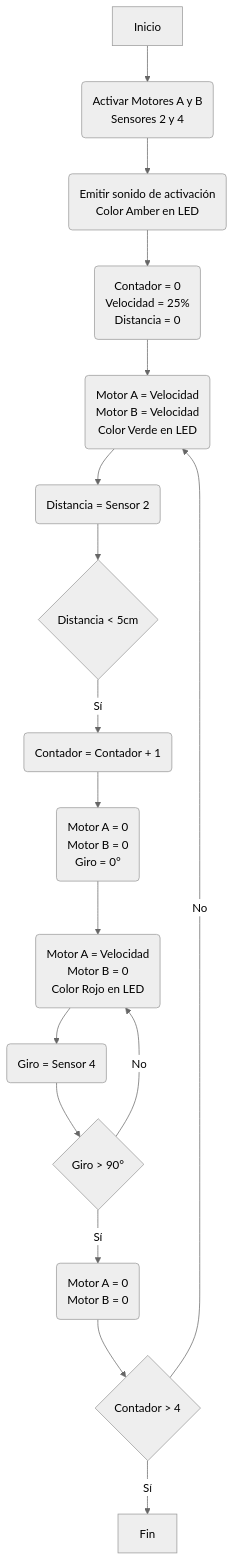
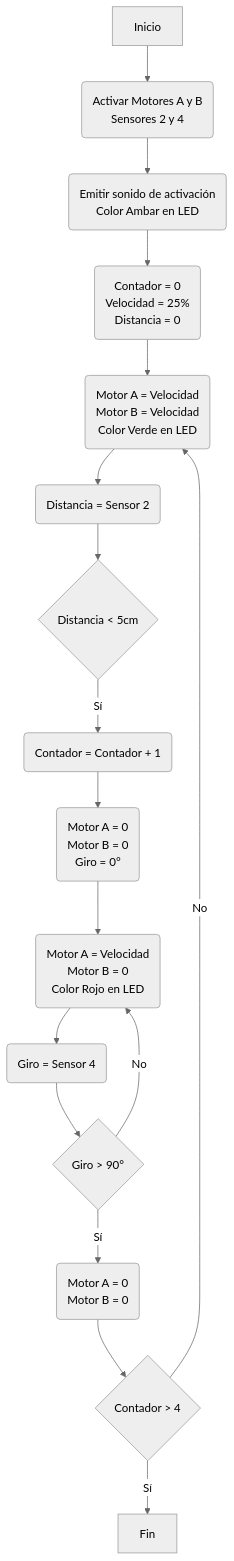
The diagram in Laboratorio_1/README.md (antorresca/Robotica_Movil_251), drawn with Mermaid (neutral theme) before and after one commit. The commit also changed other lines of this file, not shown here.

````diff
--- a/Laboratorio_1/README.md
+++ b/Laboratorio_1/README.md
@@ -137,20 +137,20 @@
 ```mermaid
 flowchart TD
     A[Inicio] --> G(Activar Motores A y B <br> Sensores 2 y 4)
-    G --> W(Emitir sonido de activación <br> Color Amber en LED)
+    G --> W(Emitir sonido de activación <br> Color Ambar en LED)
     W --> E(Contador = 0 <br> Velocidad = 25% <br> Distancia = 0)
     E --> B(Motor A = Velocidad <br> Motor B = Velocidad <br> Color Verde en LED)
     B --> C(Distancia = Sensor 2)
     C --> F{Distancia < 5cm}
     F -->|Sí| M(Contador = Contador + 1) --> J(Motor A = 0 <br> Motor B = 0 <br> Giro = 0&deg)
     J --> H(Motor A = Velocidad <br> Motor B = 0 <br> Color Rojo en LED)
     H --> I(Giro = Sensor 4)
     I --> K{Giro > 90&deg}
     K -->|Sí| L(Motor A = 0 <br> Motor B = 0)
     K -->|No| H
     L --> N{Contador > 4} 
     N -->|No| B
     N -->|Sí| O[Fin]
 
 
 ```
````
